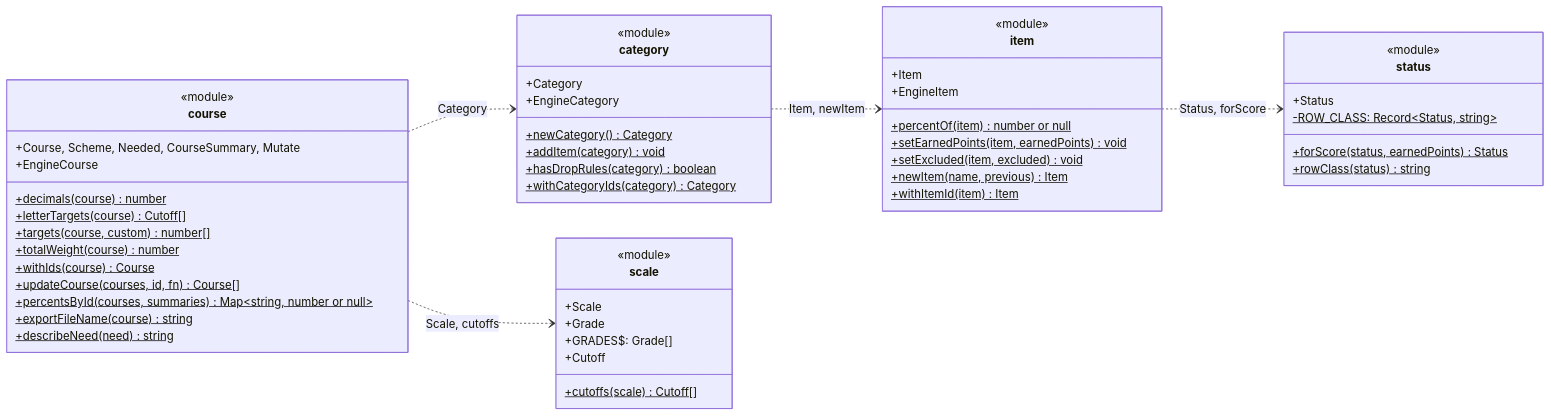
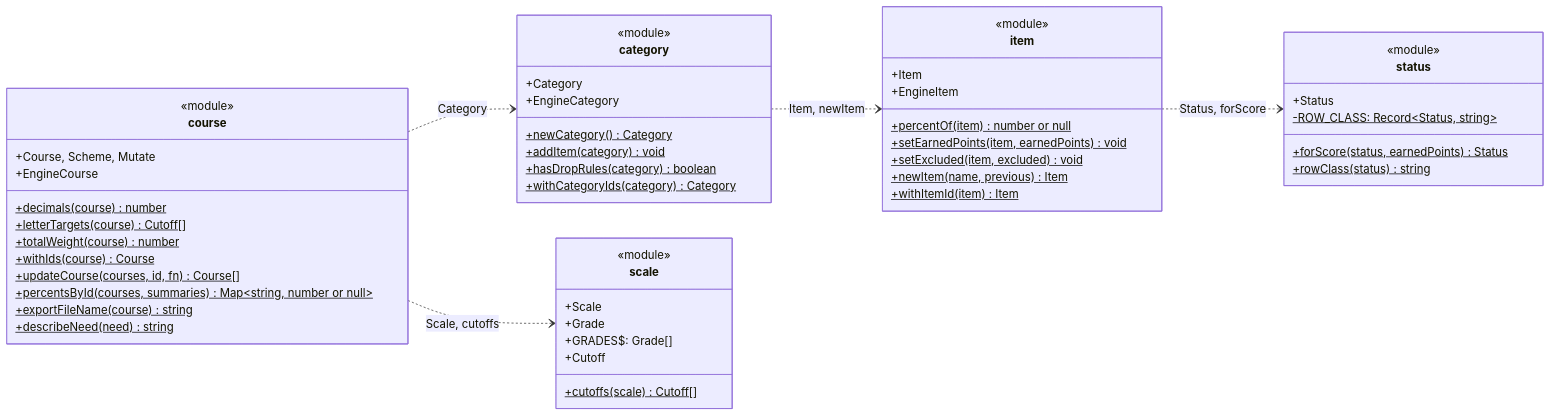
One commit to Patman1O1/grade-calculator changed the eighth of 8 diagrams in docs/uml.md. Above: the diagram before and after it, drawn with Mermaid. The commit also changed other lines of this file and 11 other files, not shown here.

First line of the commit message:
Base the engine on Item, Category, Course, Status, Scale and Scheme only

````diff
--- a/docs/uml.md
+++ b/docs/uml.md
@@ -390,56 +347,55 @@
 ```mermaid
 classDiagram
   direction LR
   class course {
     <<module>>
-    +Course, Scheme, Needed, CourseSummary, Mutate
+    +Course, Scheme, Mutate
     +decimals(course)$ number
     +letterTargets(course)$ Cutoff[]
-    +targets(course, custom)$ number[]
     +totalWeight(course)$ number
     +EngineCourse
     +withIds(course)$ Course
     +updateCourse(courses, id, fn)$ Course[]
     +percentsById(courses, summaries)$ Map~string, number or null~
     +exportFileName(course)$ string
     +describeNeed(need)$ string
   }
   class category {
     <<module>>
     +Category
     +newCategory()$ Category
     +addItem(category)$ void
     +hasDropRules(category)$ boolean
     +EngineCategory
     +withCategoryIds(category)$ Category
   }
   class item {
     <<module>>
     +Item
     +percentOf(item)$ number or null
     +setEarnedPoints(item, earnedPoints)$ void
     +setExcluded(item, excluded)$ void
     +newItem(name, previous)$ Item
     +EngineItem
     +withItemId(item)$ Item
   }
   class scale {
     <<module>>
     +Scale
     +Grade
     +GRADES$: Grade[]
     +Cutoff
     +cutoffs(scale)$ Cutoff[]
   }
   class status {
     <<module>>
     +Status
     +forScore(status, earnedPoints)$ Status
     -ROW_CLASS: Record~Status, string~$
     +rowClass(status)$ string
   }
   course ..> category : Category
   course ..> scale : Scale, cutoffs
   category ..> item : Item, newItem
   item ..> status : Status, forScore
 ```
````
